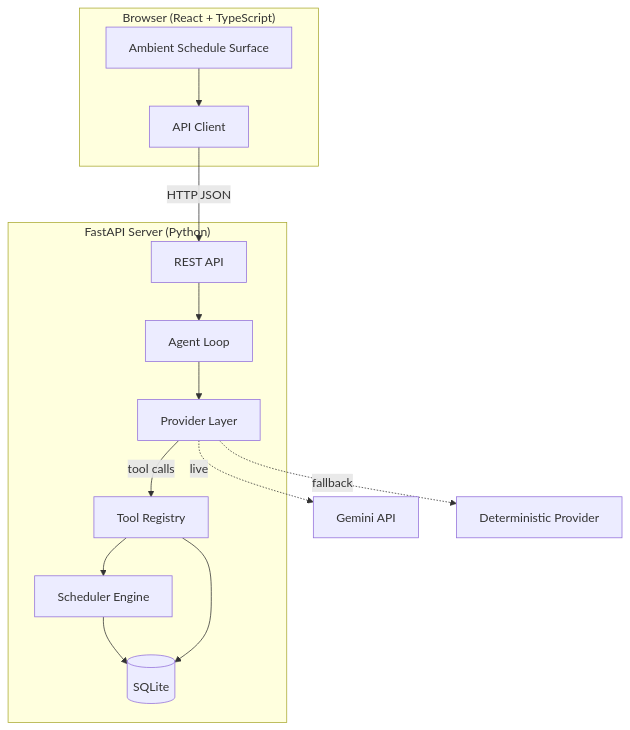
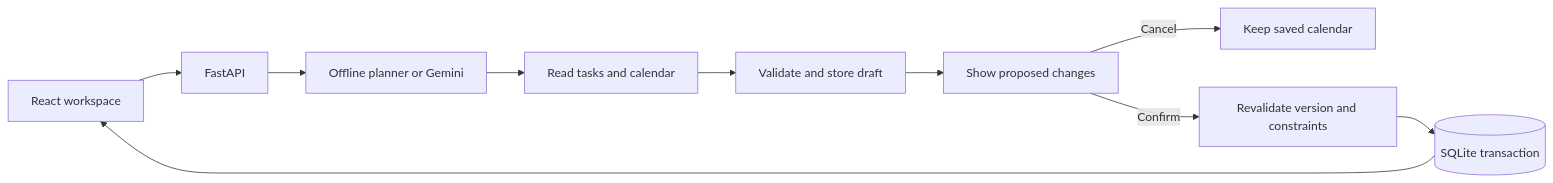
One commit to dh23ruvvv/awsproj changed the diagram in README.md. Above: the diagram before and after it, drawn with Mermaid. The commit also changed other lines of this file and 84 other files, not shown here.

Commit message:
feat: publish FlowPilot planner and voice review checkpoint

````diff
--- a/README.md
+++ b/README.md
@@ -13,28 +49,12 @@
 ```mermaid
-graph TB
-    subgraph Browser["Browser (React + TypeScript)"]
-        UI[Ambient Schedule Surface]
-        API_Client[API Client]
-    end
-
-    subgraph Server["FastAPI Server (Python)"]
-        REST[REST API]
-        Agent[Agent Loop]
-        Tools[Tool Registry]
-        Engine[Scheduler Engine]
-        Providers[Provider Layer]
-        DB[(SQLite)]
-    end
-
-    UI --> API_Client
-    API_Client -->|HTTP JSON| REST
-    REST --> Agent
-    Agent --> Providers
-    Providers -->|tool calls| Tools
-    Tools --> Engine
-    Engine --> DB
-    Tools --> DB
-
-    Providers -.->|live| Gemini[Gemini API]
-    Providers -.->|fallback| Deterministic[Deterministic Provider]
+flowchart LR
+    UI[React workspace] --> API[FastAPI]
+    API --> Provider[Offline planner or Gemini]
+    Provider --> Read[Read tasks and calendar]
+    Read --> Proposal[Validate and store draft]
+    Proposal --> Review[Show proposed changes]
+    Review -->|Cancel| Keep[Keep saved calendar]
+    Review -->|Confirm| Commit[Revalidate version and constraints]
+    Commit --> DB[(SQLite transaction)]
+    DB --> UI
 ```
````
